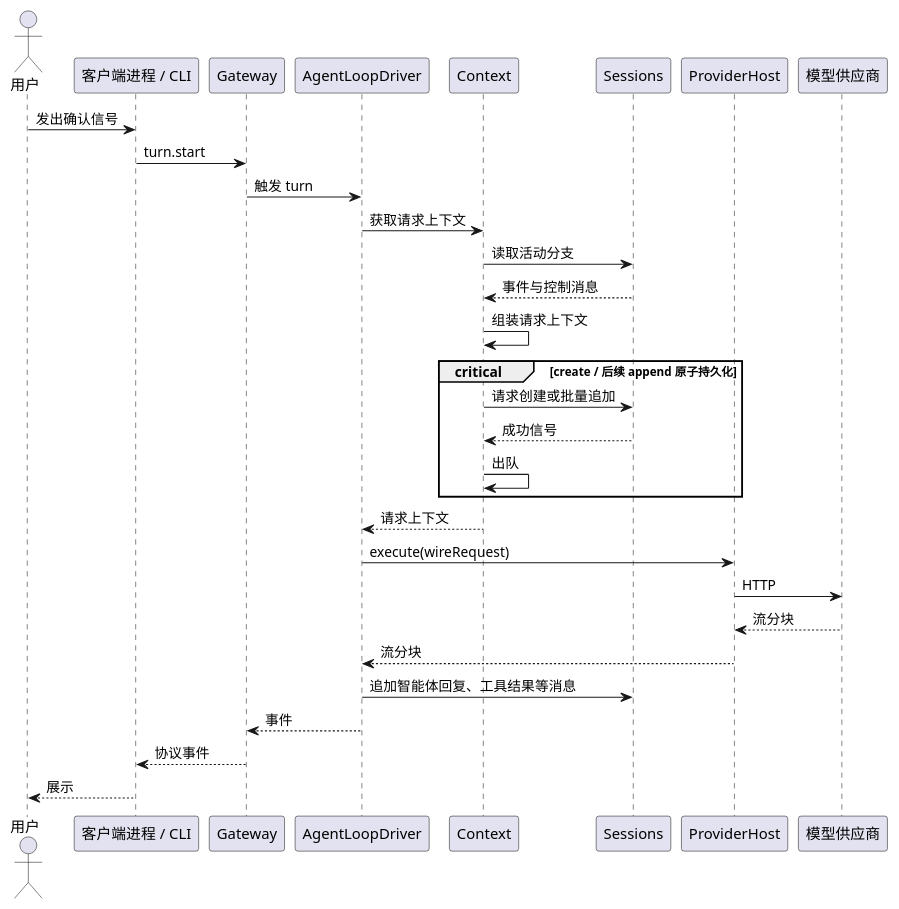
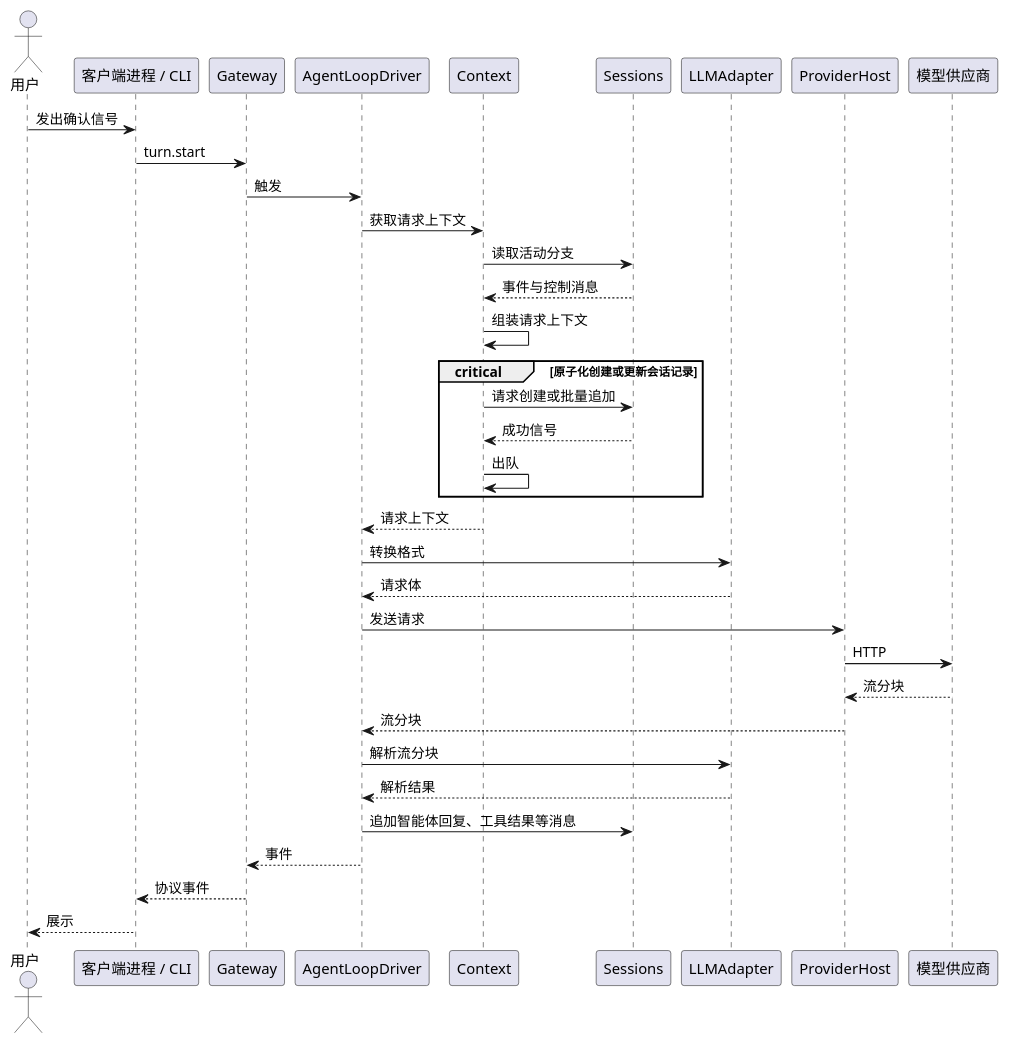
The eighth of 12 diagrams in docs/1 High-Level Design/1 High-Level Design.md (pisciculus0413/Pisces), drawn with PlantUML before and after one commit.

Commit message:
docs: correct HLD plantuml

````diff
--- a/docs/1 High-Level Design/1 High-Level Design.md
+++ b/docs/1 High-Level Design/1 High-Level Design.md
@@ -590,34 +590,39 @@
 ```plantuml
 @startuml
 actor "用户" as User
 participant "客户端进程 / CLI" as Client
 participant "Gateway" as Gateway
 participant "AgentLoopDriver" as Driver
 participant "Context" as Context
 participant "Sessions" as Sessions
+participant "LLMAdapter" as LLMAdapter
 participant "ProviderHost" as ProviderHost
 participant "模型供应商" as Provider
 
 User -> Client : 发出确认信号
 Client -> Gateway : turn.start
-Gateway -> Driver : 触发 turn
+Gateway -> Driver : 触发
 Driver -> Context : 获取请求上下文
 Context -> Sessions : 读取活动分支
 Sessions --> Context : 事件与控制消息
 Context -> Context : 组装请求上下文
-critical create / 后续 append 原子持久化
+critical 原子化创建或更新会话记录
 Context -> Sessions : 请求创建或批量追加
 Sessions --> Context : 成功信号
 Context -> Context : 出队
 end
 Context --> Driver : 请求上下文
-Driver -> ProviderHost : execute(wireRequest)
+Driver -> LLMAdapter : 转换格式
+LLMAdapter --> Driver : 请求体
+Driver -> ProviderHost : 发送请求
 ProviderHost -> Provider : HTTP
 Provider --> ProviderHost : 流分块
 ProviderHost --> Driver : 流分块
+Driver -> LLMAdapter : 解析流分块
+LLMAdapter --> Driver : 解析结果
 Driver -> Sessions : 追加智能体回复、工具结果等消息
 Driver --> Gateway : 事件
 Gateway --> Client : 协议事件
 Client --> User : 展示
 @enduml
 ```
````
